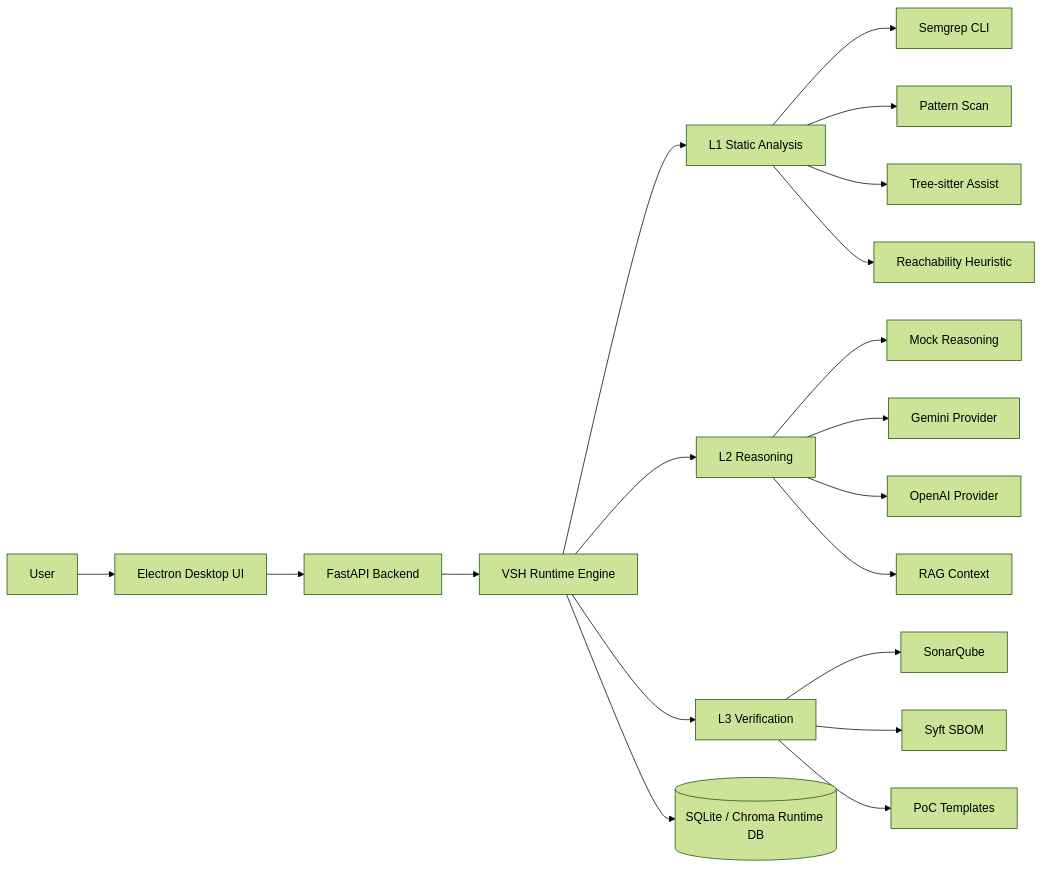
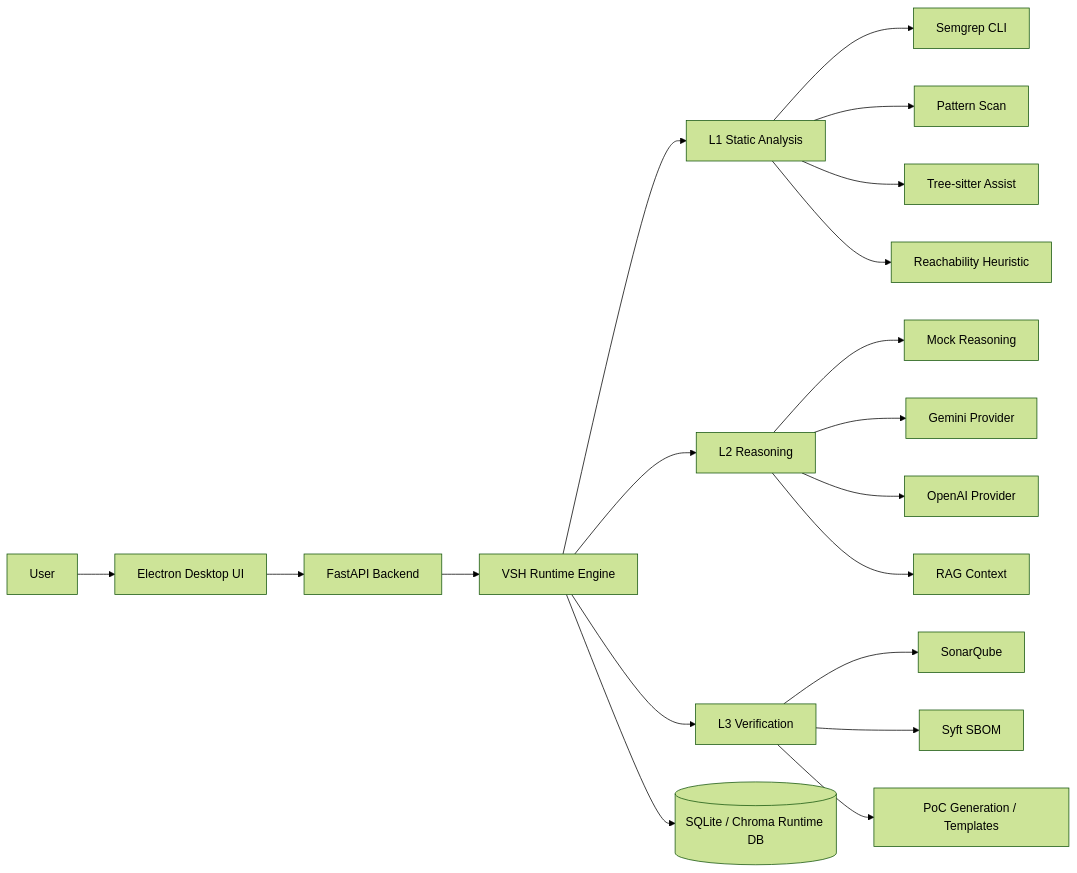
Before and after one commit to rasasoe/VSH: the second of 11 diagrams in README.md, drawn with Mermaid (forest theme). The commit also changed other lines of this file, not shown here.

````diff
--- a/README.md
+++ b/README.md
@@ -138,26 +157,26 @@
 ```mermaid
 flowchart LR
     User[User] --> Desktop[Electron Desktop UI]
     Desktop --> API[FastAPI Backend]
     API --> Engine[VSH Runtime Engine]
 
     Engine --> L1[L1 Static Analysis]
     Engine --> L2[L2 Reasoning]
     Engine --> L3[L3 Verification]
 
     L1 --> Semgrep[Semgrep CLI]
     L1 --> Pattern[Pattern Scan]
     L1 --> Tree[Tree-sitter Assist]
     L1 --> Reach[Reachability Heuristic]
 
     L2 --> Mock[Mock Reasoning]
     L2 --> Gemini[Gemini Provider]
     L2 --> OpenAI[OpenAI Provider]
     L2 --> RAG[RAG Context]
 
     L3 --> Sonar[SonarQube]
     L3 --> Syft[Syft SBOM]
-    L3 --> PoC[PoC Templates]
+    L3 --> PoC[PoC Generation / Templates]
 
     Engine --> RuntimeDB[(SQLite / Chroma Runtime DB)]
 ```
````
